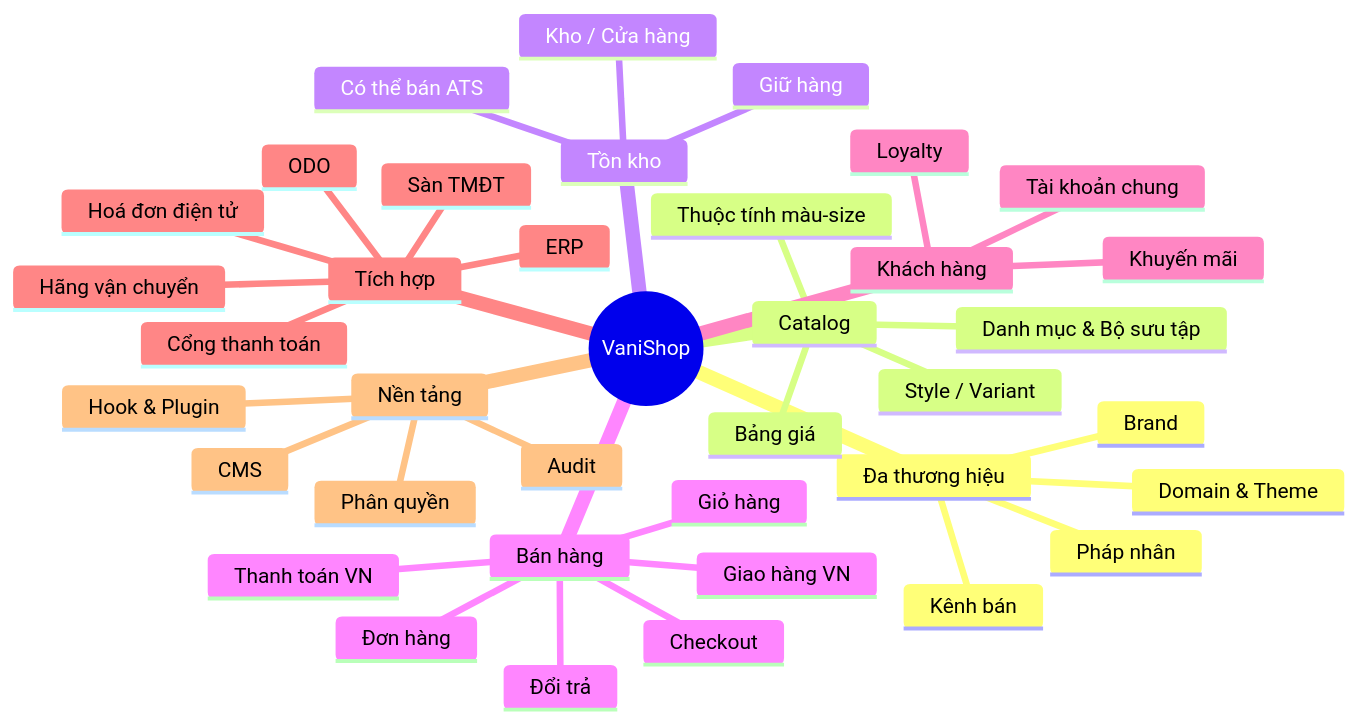
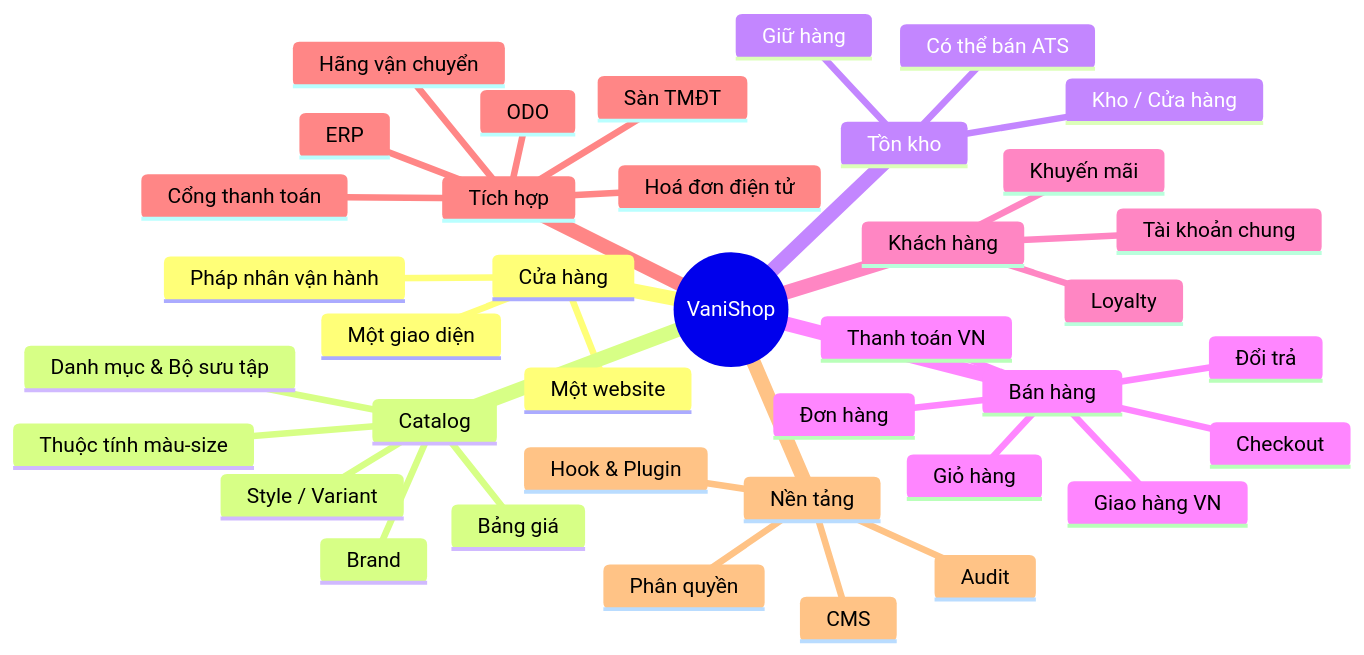
The diagram in docs/00-overview/vision.md (ptdat97/vanishop), drawn with Mermaid before and after one commit. The commit also changed other lines of this file and 52 other files, not shown here.

First line of the commit message:
docs: chuyển định hướng sang một cửa hàng, brand là thuộc tính catalog (ADR-028)

````diff
--- a/docs/00-overview/vision.md
+++ b/docs/00-overview/vision.md
@@ -75,41 +75,41 @@
 ```mermaid
 mindmap
   root((VaniShop))
-    Đa thương hiệu
-      Pháp nhân
+    Cửa hàng
+      Pháp nhân vận hành
+      Một website
+      Một giao diện
+    Catalog
       Brand
-      Kênh bán
-      Domain & Theme
-    Catalog
       Style / Variant
       Thuộc tính màu-size
       Danh mục & Bộ sưu tập
       Bảng giá
     Tồn kho
       Kho / Cửa hàng
       Giữ hàng
       Có thể bán ATS
     Bán hàng
       Giỏ hàng
       Checkout
       Đơn hàng
       Thanh toán VN
       Giao hàng VN
       Đổi trả
     Khách hàng
       Tài khoản chung
       Loyalty
       Khuyến mãi
     Tích hợp
       ODO
       ERP
       Hãng vận chuyển
       Cổng thanh toán
       Hoá đơn điện tử
       Sàn TMĐT
     Nền tảng
       Hook & Plugin
       Phân quyền
       Audit
       CMS
 ```
````
